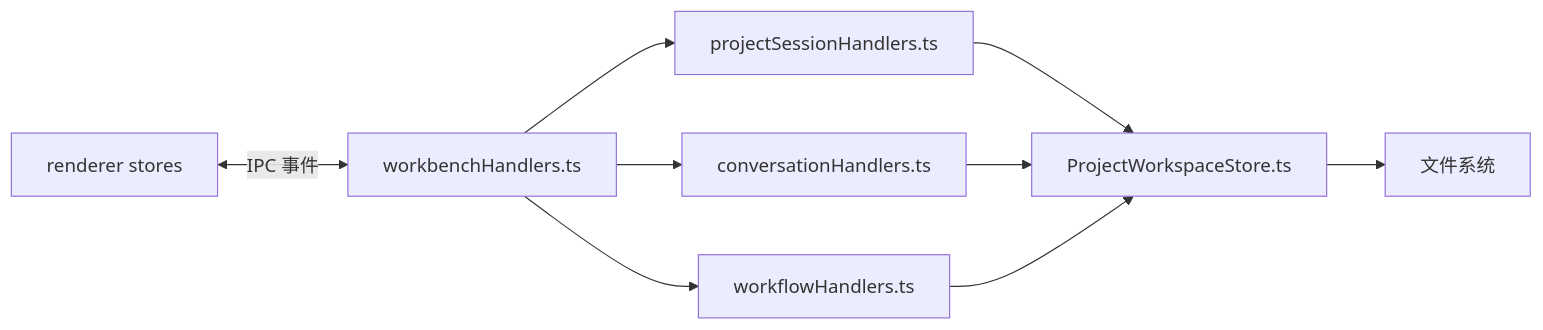
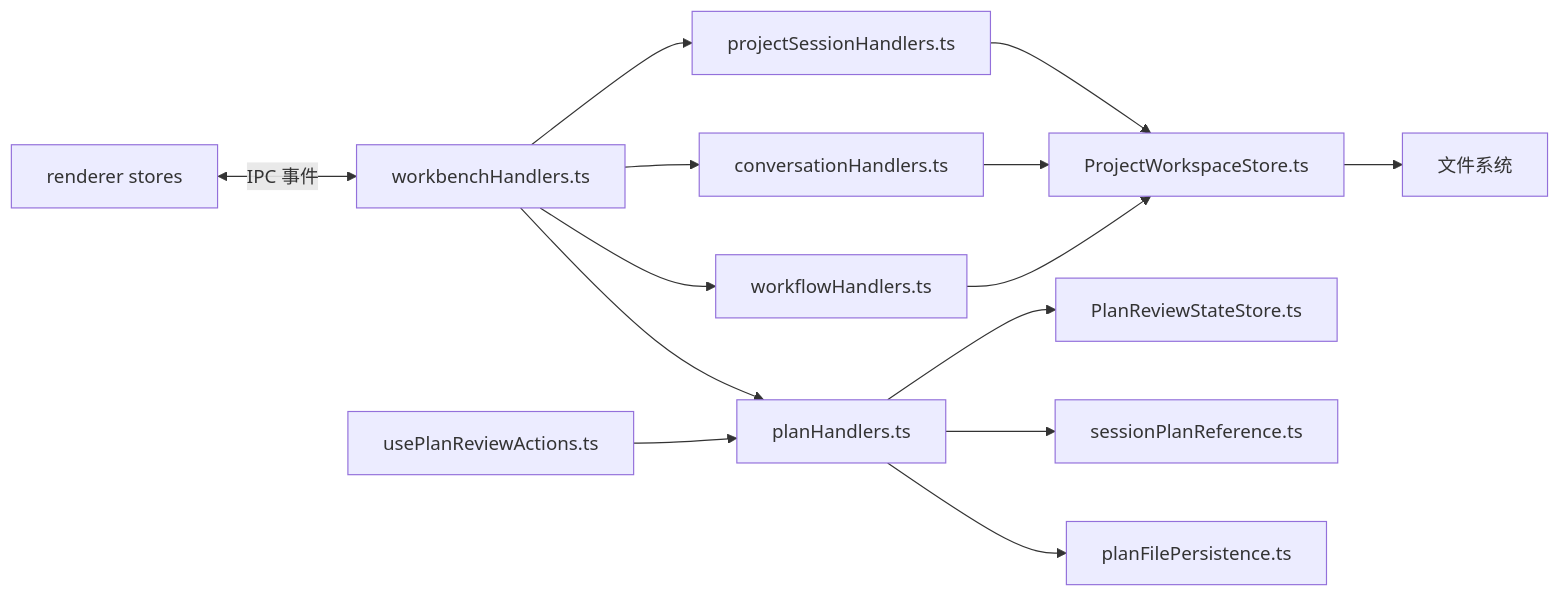
One commit to haolange/RDC-Agent changed the third of 4 diagrams in .qoder/repowiki/zh/content/API 参考/Renderer API/工作区 API.md. Above: the diagram before and after it, drawn with Mermaid. The commit also changed other lines of this file and 208 other files, not shown here.

````diff
--- a/.qoder/repowiki/zh/content/API 参考/Renderer API/工作区 API.md
+++ b/.qoder/repowiki/zh/content/API 参考/Renderer API/工作区 API.md
@@ -336,11 +420,16 @@
 ```mermaid
 graph LR
 WH["workbenchHandlers.ts"] --> PSH["projectSessionHandlers.ts"]
+WH --> PH["planHandlers.ts"]
 WH --> WFH["workflowHandlers.ts"]
 WH --> CH["conversationHandlers.ts"]
 PSH --> PWS["ProjectWorkspaceStore.ts"]
+PH --> PRS["PlanReviewStateStore.ts"]
+PH --> SPR["sessionPlanReference.ts"]
+PH --> PFP["planFilePersistence.ts"]
 PWS --> FS["文件系统"]
 CH --> PWS
 WFH --> PWS
 RSP["renderer stores"] <-- IPC 事件 --> WH
+UPRA["usePlanReviewActions.ts"] --> PH
 ```
````
